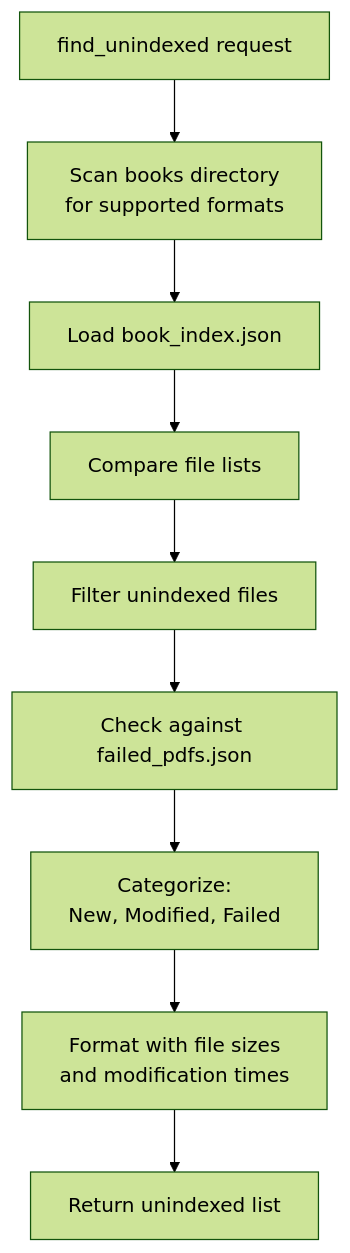
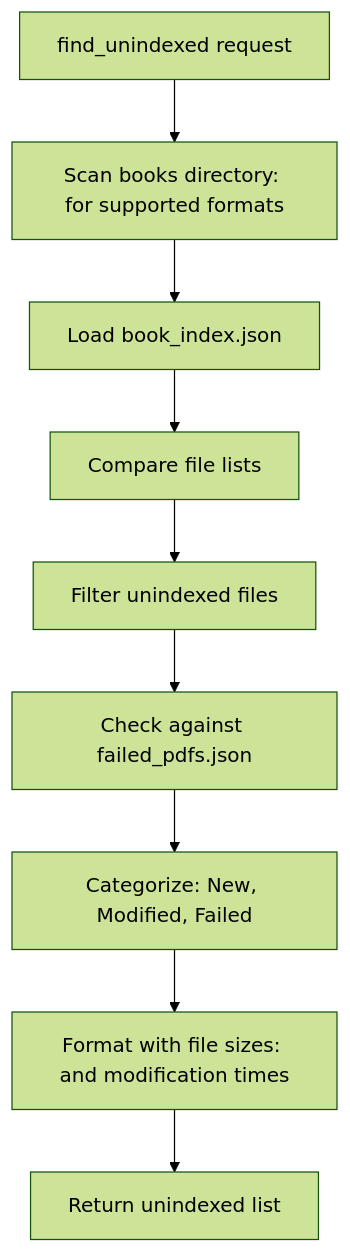
One commit to hpoliset/PersonalDocLibraryRAGMCP changed diagram 19 of 22 in docs/ARCHITECTURE.md. Above: the diagram before and after it, drawn with Mermaid (forest theme). The commit also changed other lines of this file and 2 other files, not shown here.

First line of the commit message:
Update documentation with upgrade instructions and fix architecture diagrams

````diff
--- a/docs/ARCHITECTURE.md
+++ b/docs/ARCHITECTURE.md
@@ -504,11 +486,11 @@
 ```mermaid
-flowchart TD
-    START[find_unindexed request] --> SCAN_DIR[Scan books directory<br/>for supported formats]
+graph TD
+    START[find_unindexed request] --> SCAN_DIR[Scan books directory: for supported formats]
     SCAN_DIR --> LOAD_INDEX[Load book_index.json]
     LOAD_INDEX --> COMPARE[Compare file lists]
     COMPARE --> FILTER_NEW[Filter unindexed files]
     FILTER_NEW --> CHECK_FAILED[Check against failed_pdfs.json]
-    CHECK_FAILED --> CATEGORIZE[Categorize:<br/>New, Modified, Failed]
-    CATEGORIZE --> FORMAT_LIST[Format with file sizes<br/>and modification times]
+    CHECK_FAILED --> CATEGORIZE[Categorize: New, Modified, Failed]
+    CATEGORIZE --> FORMAT_LIST[Format with file sizes: and modification times]
     FORMAT_LIST --> RESPONSE[Return unindexed list]
 ```
````
